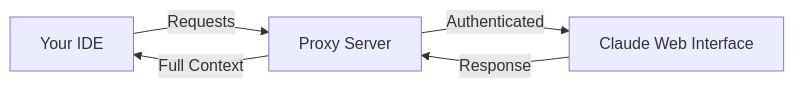
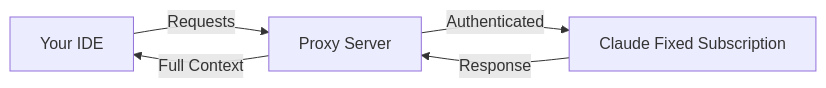
The diagram in README.md (bernie43/claude-openai-proxy), drawn with Mermaid before and after one commit.

````diff
--- a/README.md
+++ b/README.md
@@ -51,7 +51,7 @@
 ```mermaid
 graph LR
     A[Your IDE] -->|Requests| B[Proxy Server]
-    B -->|Authenticated| C[Claude Web Interface]
+    B -->|Authenticated| C[Claude Fixed Subscription]
     C -->|Response| B
     B -->|Full Context| A
 ```
````
